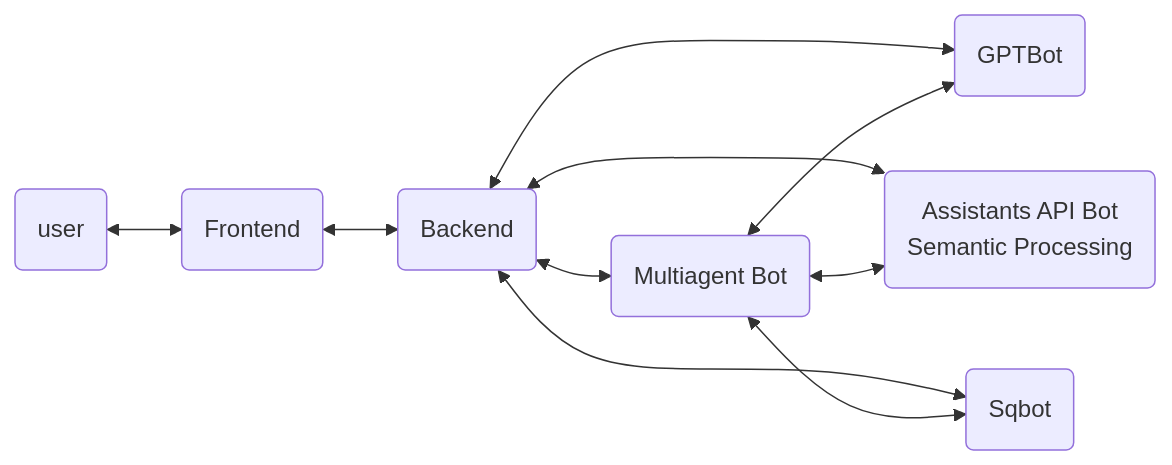
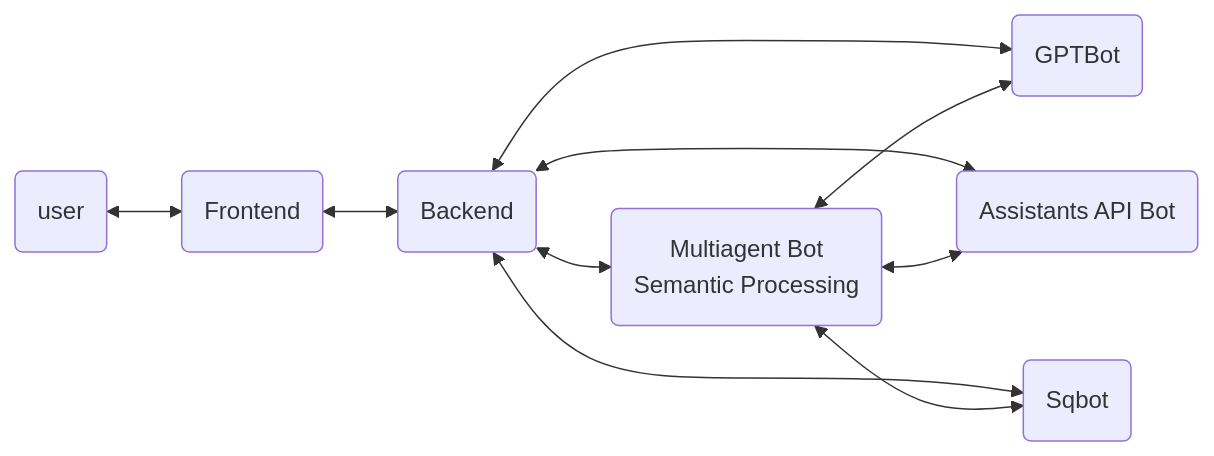
One commit to msalemor/adventureworks-viewer-ai changed the diagram in README.md. Above: the diagram before and after it, drawn with Mermaid.

````diff
--- a/README.md
+++ b/README.md
@@ -7,12 +7,12 @@
 ```mermaid
 graph LR;
   A(user)<-->F(Frontend)
   F<-->B(Backend)
   B<-->O(GPTBot)
-  B<-->Asst(Assistants API Bot<br/>Semantic Processing)
+  B<-->Asst(Assistants API Bot)
   B<-->SQL(Sqbot)
-  B<-->M(Multiagent Bot)
+  B<-->M(Multiagent Bot<br/>Semantic Processing)
   M<-->O
   M<-->SQL
   M<-->Asst
 ```
````
